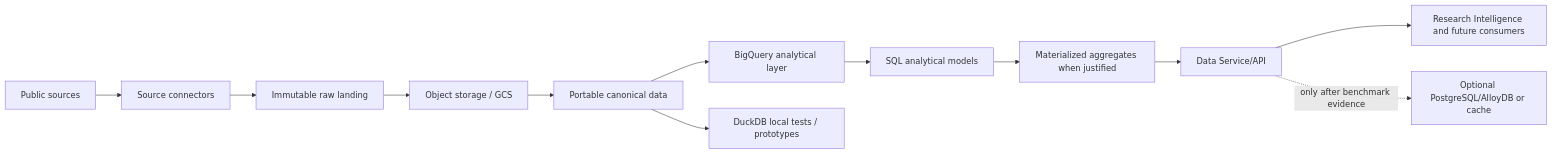
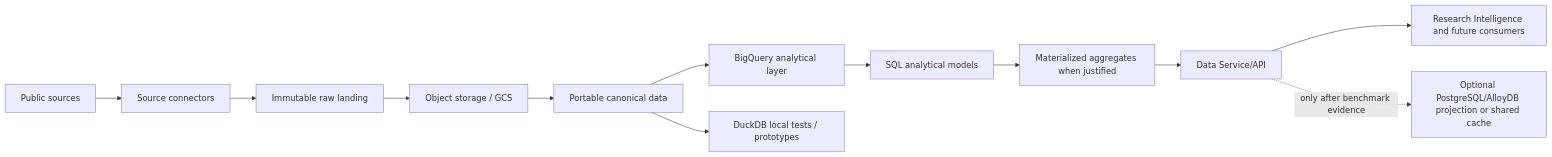
One commit to agilandeenadhayalan41/research-intelligence-data-platform changed the diagram in docs/architecture/gcp-bigquery-first.md. Above: the diagram before and after it, drawn with Mermaid. The commit also changed other lines of this file and 11 other files, not shown here.

````diff
--- a/docs/architecture/gcp-bigquery-first.md
+++ b/docs/architecture/gcp-bigquery-first.md
@@ -16,14 +25,14 @@
 ```mermaid
 flowchart LR
     Sources["Public sources"] --> Connectors["Source connectors"]
     Connectors --> Raw["Immutable raw landing"]
     Raw --> GCS["Object storage / GCS"]
     GCS --> Canonical["Portable canonical data"]
     Canonical --> BQ["BigQuery analytical layer"]
     BQ --> SQL["SQL analytical models"]
     SQL --> Aggregates["Materialized aggregates when justified"]
     Aggregates --> Service["Data Service/API"]
     Service --> Consumers["Research Intelligence and future consumers"]
     Canonical --> DuckDB["DuckDB local tests / prototypes"]
-    Service -. "only after benchmark evidence" .-> Optional["Optional PostgreSQL/AlloyDB or cache"]
+    Service -. "only after benchmark evidence" .-> Optional["Optional PostgreSQL/AlloyDB projection or shared cache"]
 ```
````
